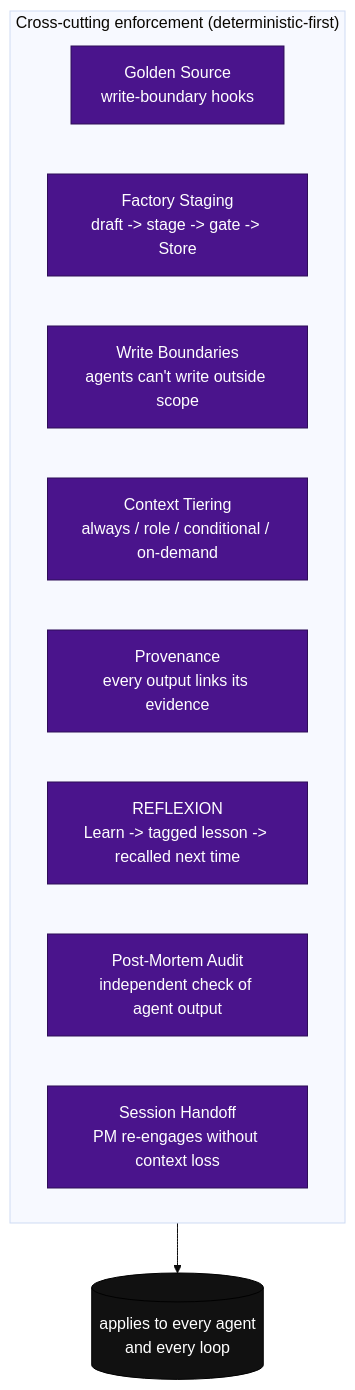
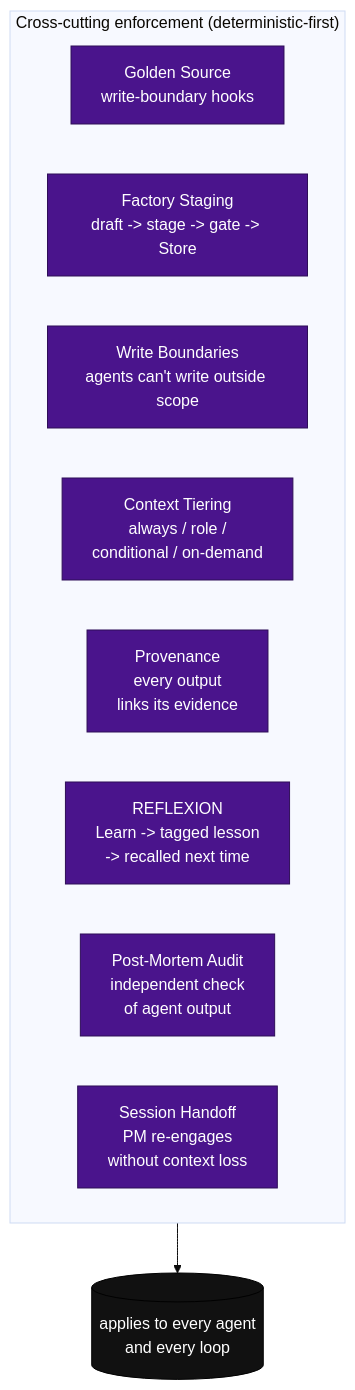
One commit to jesscancode/ai-product-framework changed the eighth of 9 diagrams in README.md. Above: the diagram before and after it, drawn with Mermaid (base theme). The commit also changed other lines of this file, not shown here.

````diff
--- a/README.md
+++ b/README.md
@@ -415,17 +420,17 @@
 ```mermaid
 flowchart TB
     subgraph SPINE["Cross-cutting enforcement (deterministic-first)"]
         direction LR
         e1["Golden Source<br/>write-boundary hooks"]:::gov
         e2["Factory Staging<br/>draft -> stage -> gate -> Store"]:::gov
         e3["Write Boundaries<br/>agents can't write outside scope"]:::gov
-        e4["Context Tiering<br/>always / role / conditional / on-demand"]:::gov
-        e5["Provenance<br/>every output links its evidence"]:::gov
-        e6["REFLEXION<br/>Learn -> tagged lesson -> recalled next time"]:::gov
-        e7["Post-Mortem Audit<br/>independent check of agent output"]:::gov
-        e8["Session Handoff<br/>PM re-engages without context loss"]:::gov
+        e4["Context Tiering<br/>always / role /<br/>conditional / on-demand"]:::gov
+        e5["Provenance<br/>every output<br/>links its evidence"]:::gov
+        e6["REFLEXION<br/>Learn -> tagged lesson<br/>-> recalled next time"]:::gov
+        e7["Post-Mortem Audit<br/>independent check<br/>of agent output"]:::gov
+        e8["Session Handoff<br/>PM re-engages<br/>without context loss"]:::gov
     end
     SPINE --> ALL[("applies to every agent<br/>and every loop")]:::hub
     classDef gov fill:#4a148c,stroke:#2e0e57,color:#ffffff;
     classDef hub fill:#111111,stroke:#000000,color:#ffffff;
 ```
````
